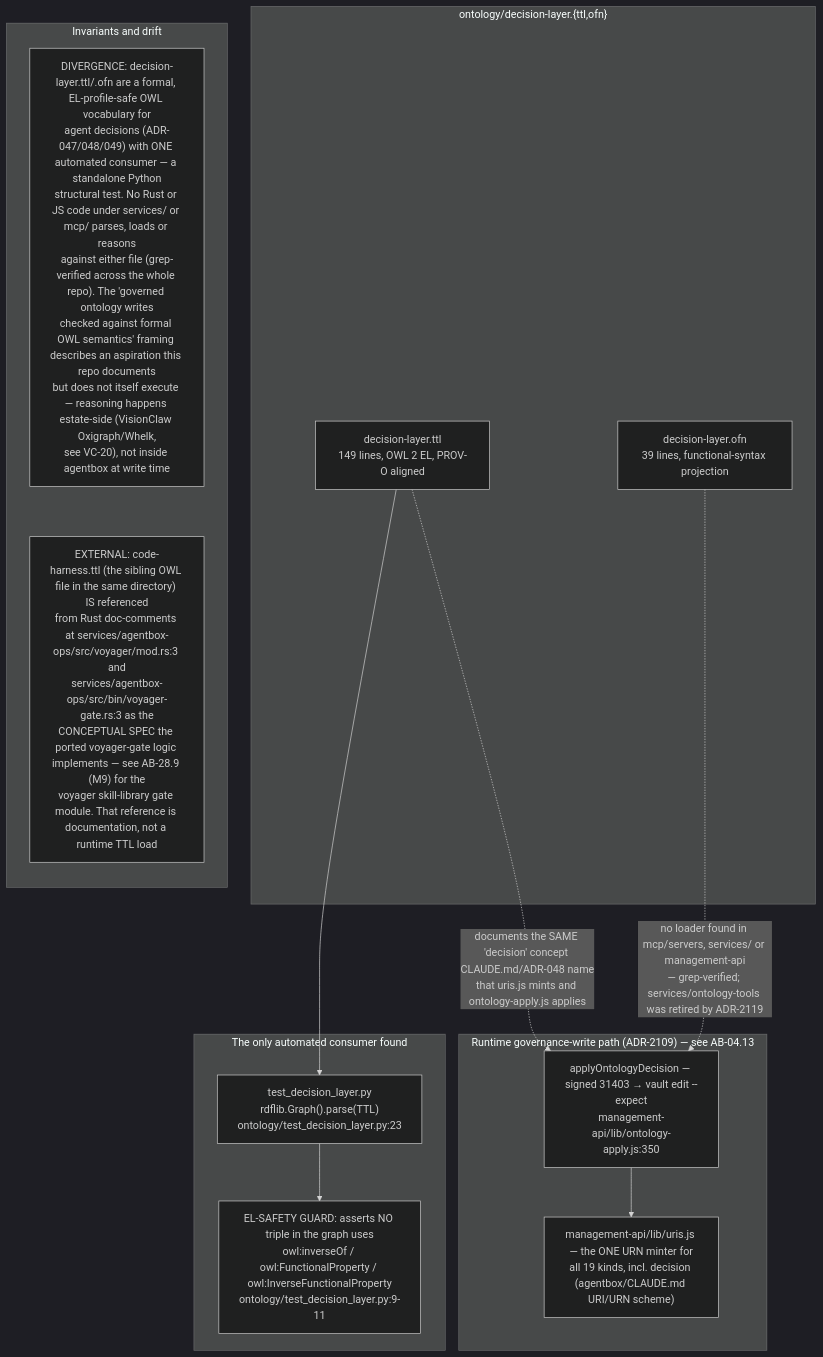
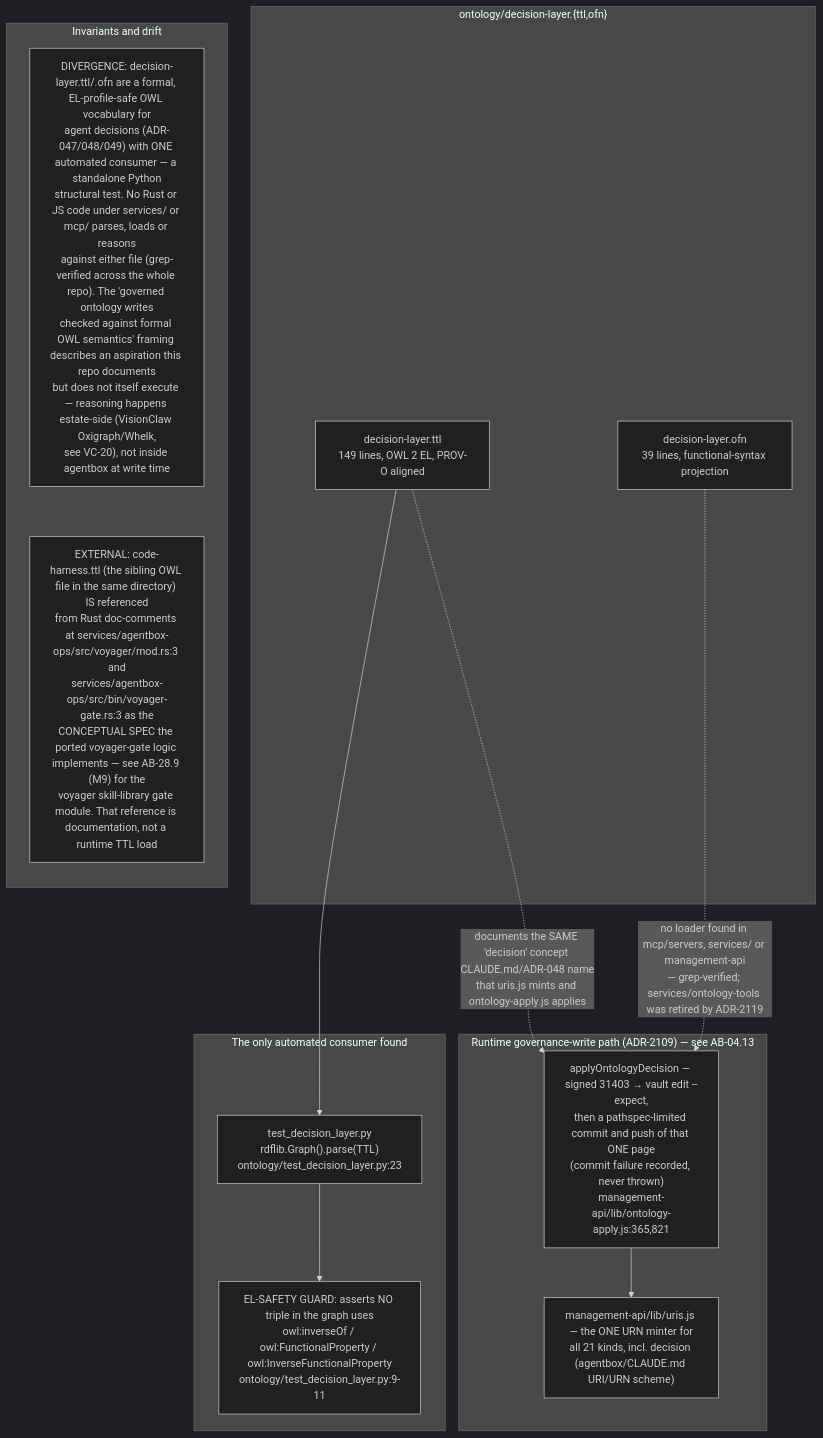
The fifth of 5 diagrams in docs/diagrams/agentbox/25-ontology-tools-and-governed-writes.md (DreamLab-AI/VisionFlow), drawn with Mermaid (dark theme) before and after one commit. The commit also changed other lines of this file and 111 other files, not shown here.

Commit message:
docs(diagrams): align estate maps with current source

````diff
--- a/docs/diagrams/agentbox/25-ontology-tools-and-governed-writes.md
+++ b/docs/diagrams/agentbox/25-ontology-tools-and-governed-writes.md
@@ -190,26 +190,26 @@
 ```mermaid
 flowchart TB
     subgraph schema["ontology/decision-layer.{ttl,ofn}"]
         TTL["decision-layer.ttl<br/>149 lines, OWL 2 EL, PROV-O aligned"]
         OFN["decision-layer.ofn<br/>39 lines, functional-syntax projection"]
     end
     subgraph tested["The only automated consumer found"]
         PYTEST["test_decision_layer.py<br/>rdflib.Graph#40;#41;.parse#40;TTL#41;<br/>ontology/test_decision_layer.py:23"]
         ELGUARD["EL-SAFETY GUARD: asserts NO triple in the graph uses<br/>owl:inverseOf / owl:FunctionalProperty / owl:InverseFunctionalProperty<br/>ontology/test_decision_layer.py:9-11"]
     end
     subgraph runtime["Runtime governance-write path (ADR-2109) — see AB-04.13"]
-        APPLY["applyOntologyDecision — signed 31403 → vault edit --expect<br/>management-api/lib/ontology-apply.js:350"]
-        URIS["management-api/lib/uris.js — the ONE URN minter for<br/>all 19 kinds, incl. decision (agentbox/CLAUDE.md URI/URN scheme)"]
+        APPLY["applyOntologyDecision — signed 31403 → vault edit --expect,<br/>then a pathspec-limited commit and push of that ONE page<br/>(commit failure recorded, never thrown)<br/>management-api/lib/ontology-apply.js:365,821"]
+        URIS["management-api/lib/uris.js — the ONE URN minter for<br/>all 21 kinds, incl. decision (agentbox/CLAUDE.md URI/URN scheme)"]
     end
     TTL --> PYTEST
     PYTEST --> ELGUARD
     TTL -.->|"documents the SAME 'decision' concept CLAUDE.md/ADR-048 name<br/>that uris.js mints and ontology-apply.js applies"| APPLY
     OFN -.->|"no loader found in mcp/servers, services/ or management-api<br/>— grep-verified; services/ontology-tools was retired by ADR-2119"| APPLY
     APPLY --> URIS
     subgraph notes["Invariants and drift"]
         direction TB
         N1["DIVERGENCE: decision-layer.ttl/.ofn are a formal, EL-profile-safe OWL vocabulary for<br/>agent decisions (ADR-047/048/049) with ONE automated consumer — a standalone Python<br/>structural test. No Rust or JS code under services/ or mcp/ parses, loads or reasons<br/>against either file (grep-verified across the whole repo). The 'governed ontology writes<br/>checked against formal OWL semantics' framing describes an aspiration this repo documents<br/>but does not itself execute — reasoning happens estate-side (VisionClaw Oxigraph/Whelk,<br/>see VC-20), not inside agentbox at write time"]
         N2["EXTERNAL: code-harness.ttl #40;the sibling OWL file in the same directory#41; IS referenced<br/>from Rust doc-comments at services/agentbox-ops/src/voyager/mod.rs:3 and<br/>services/agentbox-ops/src/bin/voyager-gate.rs:3 as the<br/>CONCEPTUAL SPEC the ported voyager-gate logic implements — see AB-28.9 (M9) for the<br/>voyager skill-library gate module. That reference is documentation, not a runtime TTL load"]
         N1 ~~~ N2
     end
 ```
````
